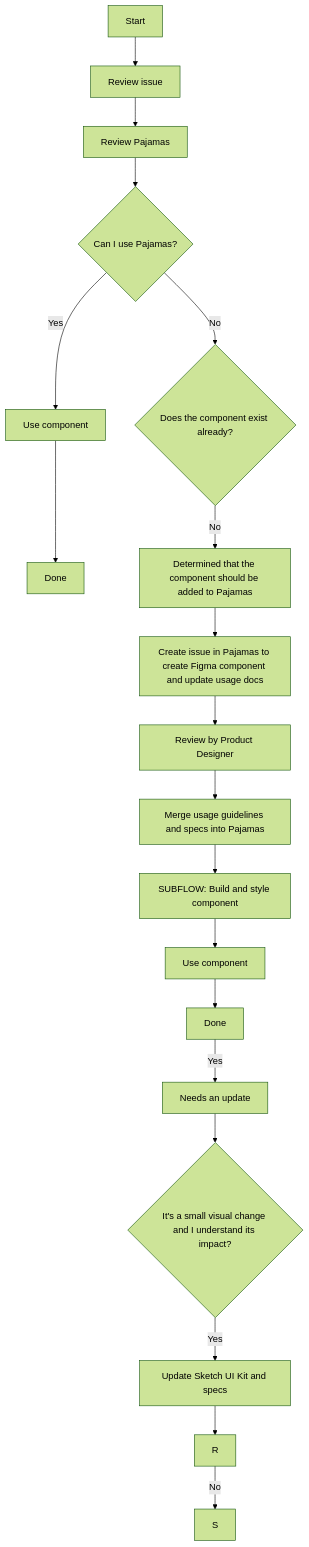
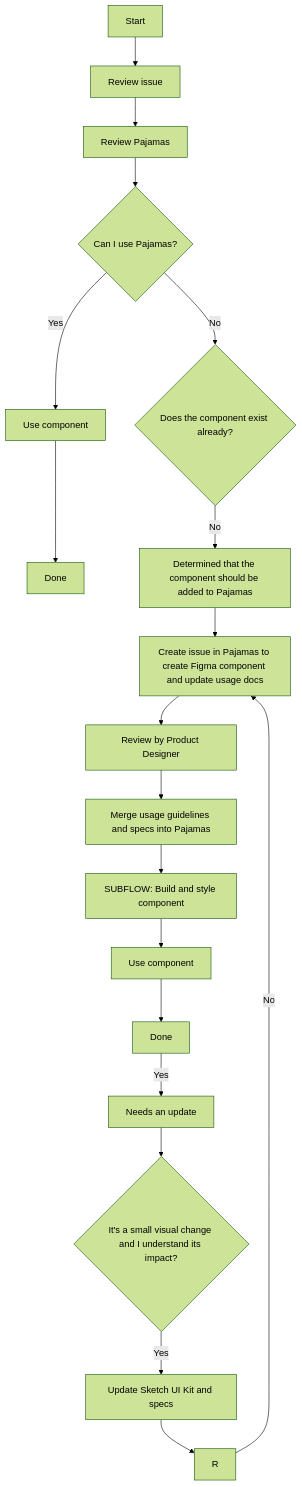
The diagram in doc/component-lifecycle.md (khulnasoft-lab/design.khulnasoft.com), drawn with Mermaid (forest theme) before and after one commit.

Commit message:
Change last line of mermaid

````diff
--- a/doc/component-lifecycle.md
+++ b/doc/component-lifecycle.md
@@ -64,24 +64,24 @@
 ```mermaid
 graph TD;
 A[Start] -->B[Review issue]
 B--> C[Review Pajamas]
 click C "https://design.gitlab.com"
 C-->D{Can I use Pajamas?}
 D -->|Yes| E[Use component]
 E --> F[Done]
 D -->|No| G{Does the component exist already?}
 G-->|No| H[Determined that the component should be added to Pajamas]
 H-->I[Create issue in Pajamas to create Figma component and update usage docs]
 click I "https://gitlab.com/gitlab-org/gitlab-services/design.gitlab.com/issues/new"
 I-->J[Review by Product Designer]
 J-->K[Merge usage guidelines and specs into Pajamas]
 K-->L[SUBFLOW: Build and style component]
 click L "https://gitlab.com/gitlab-org/gitlab-ui/blob/master/doc/component-lifecycle.md"
 L-->M[Use component]
 M-->N[Done]
 N-->|Yes| O[Needs an update]
 O-->P{It's a small visual change and I understand its impact?}
 P-->|Yes| Q[Update Sketch UI Kit and specs]
 Q-->R
-R-->|No| S
+R-->|No| I
 ```
````
